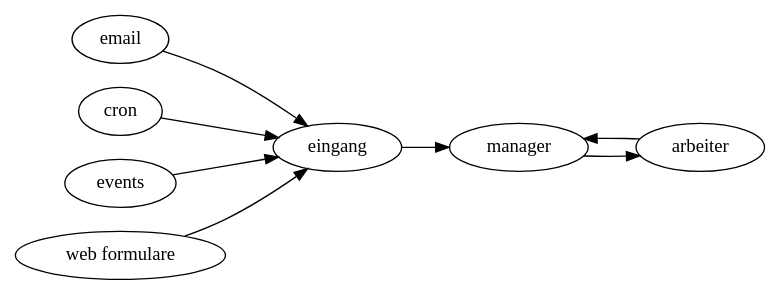
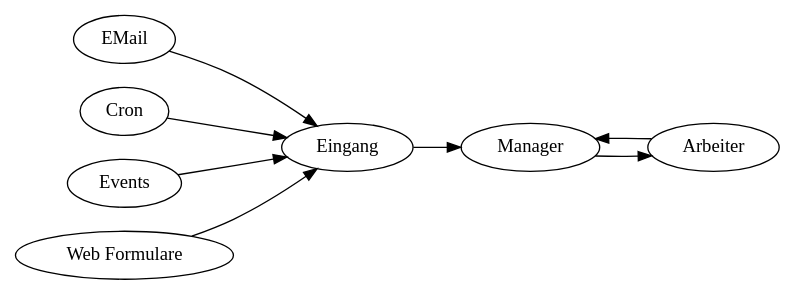
The diagram in imageinput/grob-layout-komponenten-logisch.dot (RonnyPfannschmidt-Attic/thesis-writing), drawn with Graphviz before and after one commit. The commit also changed 2 other files, not shown here.

```diff
--- a/imageinput/grob-layout-komponenten-logisch.dot
+++ b/imageinput/grob-layout-komponenten-logisch.dot
@@ -1,14 +1,14 @@
 digraph komponenten_logisch {
     rankdir=LR;
 
-    email -> eingang;
-    cron -> eingang;
-    events -> eingang;
-    forms[label="web formulare"];
-    forms -> eingang;
+    EMail -> Eingang;
+    Cron -> Eingang;
+    Events -> Eingang;
+    forms[label="Web Formulare"];
+    forms -> Eingang;
 
-    eingang -> manager;
+    Eingang -> Manager;
 
-    manager -> arbeiter;
-    arbeiter -> manager;
+    Manager -> Arbeiter;
+    Arbeiter -> Manager;
 }
```
